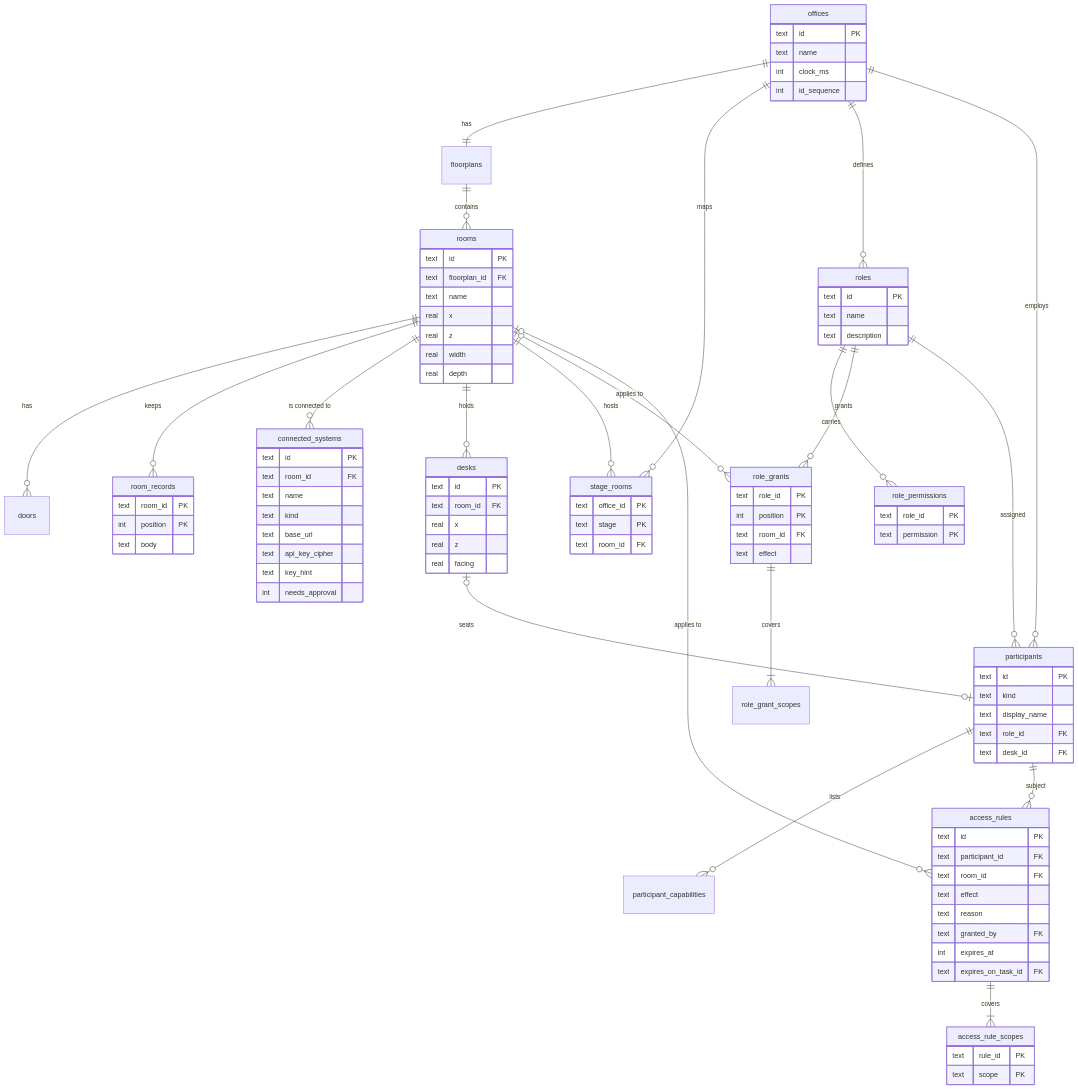
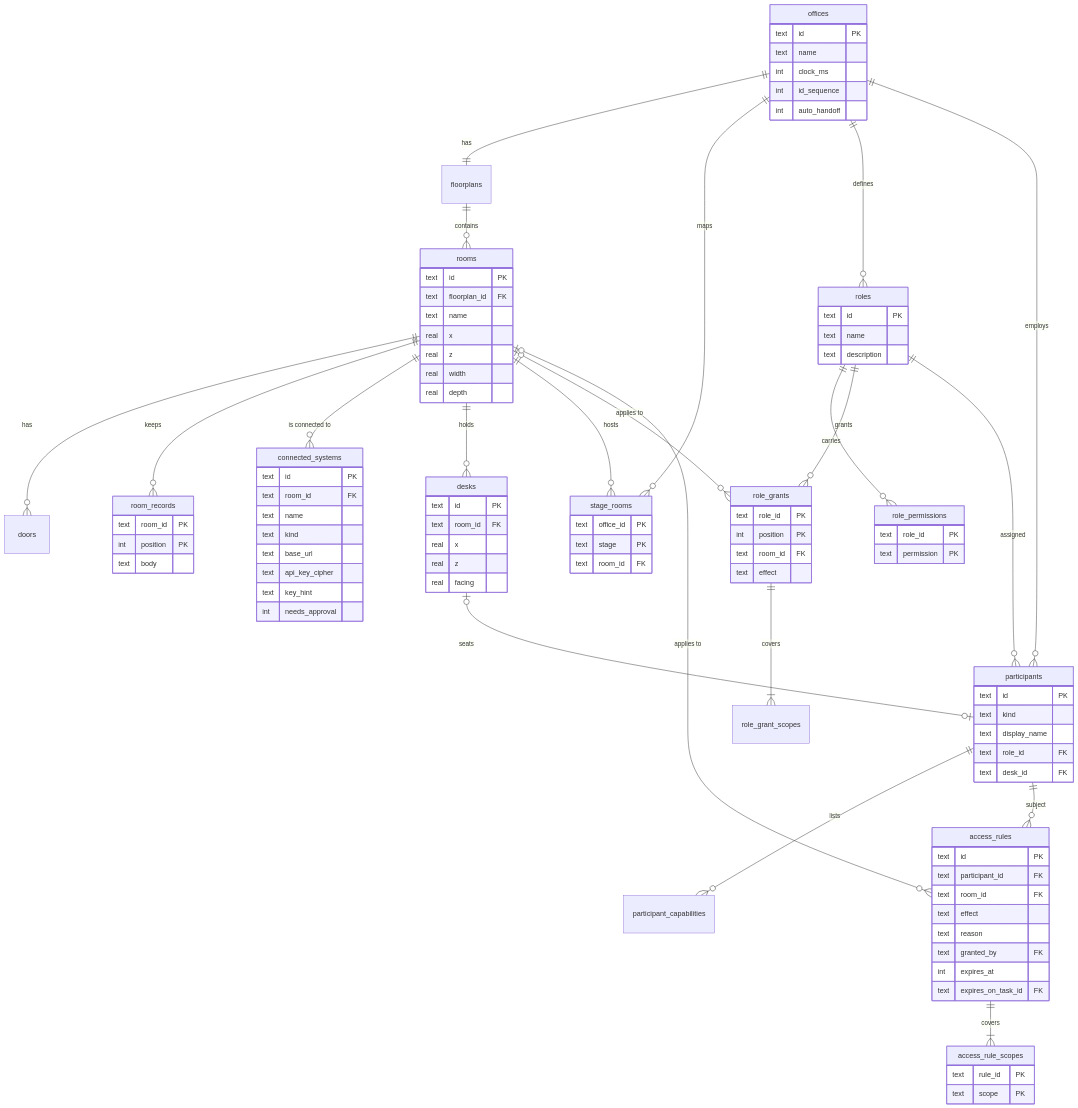
Diagram 11 of 15 in README.md (seyitgkc/ai-virtual-office), drawn with Mermaid before and after one commit. The commit also changed other lines of this file, not shown here.

```diff
--- a/README.md
+++ b/README.md
@@ -900,6 +957,7 @@
     text name
     int clock_ms
     int id_sequence
+    int auto_handoff
   }
   rooms {
     text id PK
```
